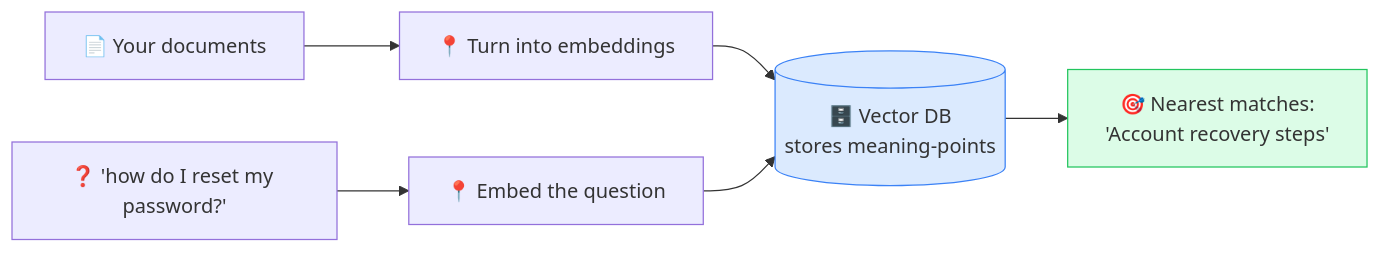
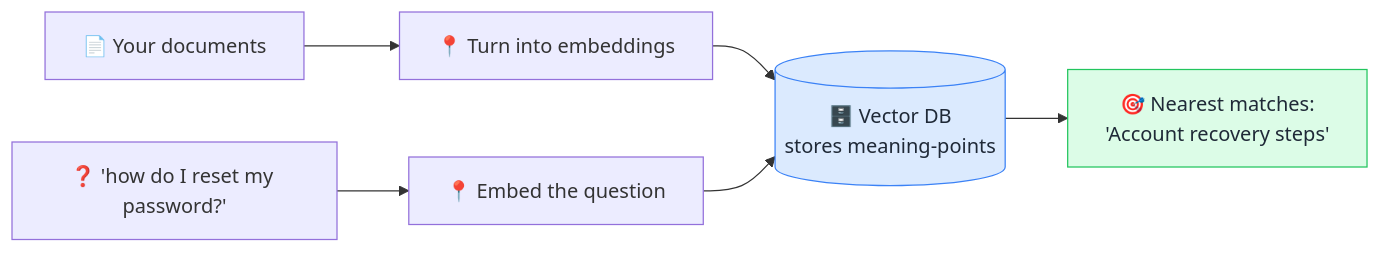
The diagram in concepts/vector-database.md (behnia137/ai-for-beginners-visual), drawn with Mermaid before and after one commit. The commit also changed 32 other files, not shown here.

First line of the commit message:
Fix mermaid box text contrast for dark/light mode

````diff
--- a/concepts/vector-database.md
+++ b/concepts/vector-database.md
@@ -7,10 +7,10 @@
 ```mermaid
 flowchart LR
     D["📄 Your documents"] --> E[📍 Turn into embeddings]
     E --> V[(🗄️ Vector DB<br/>stores meaning-points)]
     Q["❓ 'how do I reset my password?'"] --> QE[📍 Embed the question]
     QE --> V
     V --> R["🎯 Nearest matches:<br/>'Account recovery steps'"]
-    style V fill:#dbeafe,stroke:#3b82f6
-    style R fill:#dcfce7,stroke:#22c55e
+    style V fill:#dbeafe,stroke:#3b82f6,color:#1f2937
+    style R fill:#dcfce7,stroke:#22c55e,color:#1f2937
 ```
````
